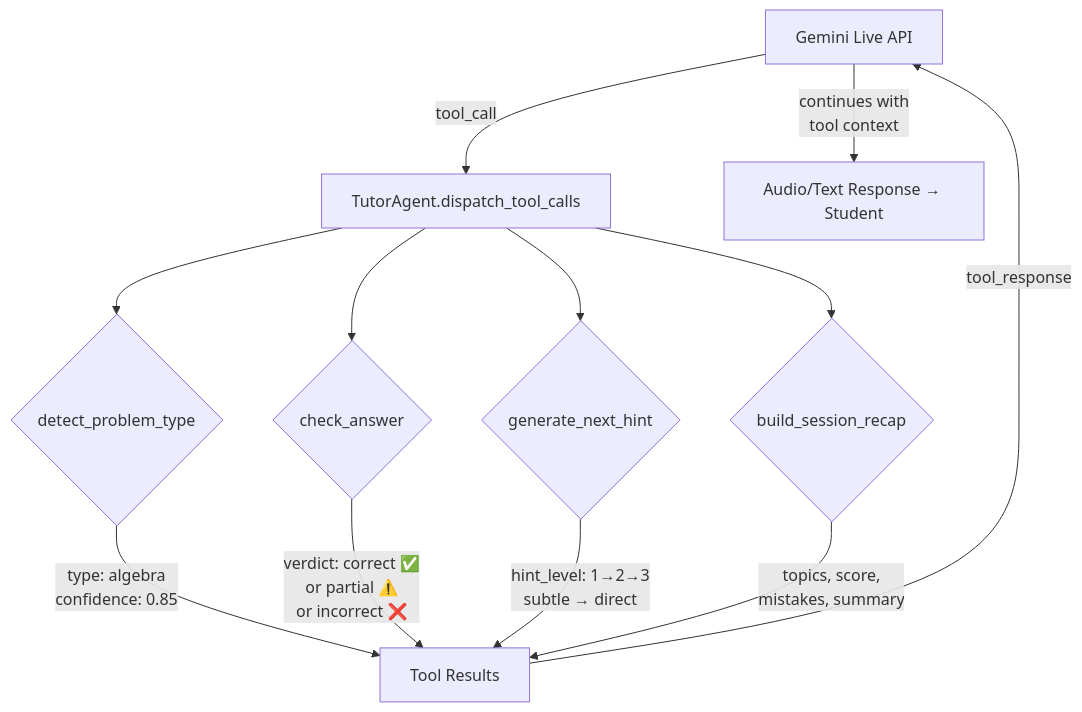
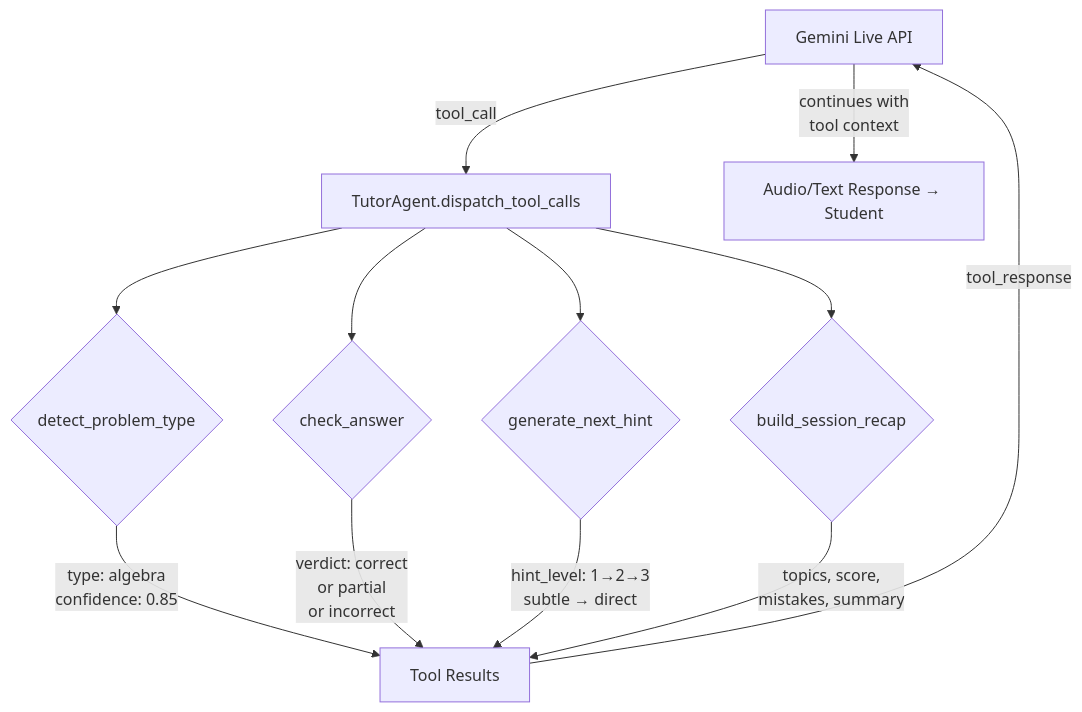
One commit to Appenza-Main-Org/solvewave-live changed the fifth of 7 diagrams in docs/architecture/ARCHITECTURE_MERMAID.md. Above: the diagram before and after it, drawn with Mermaid. The commit also changed other lines of this file and 3 other files, not shown here.

First line of the commit message:
docs: update architecture files and generate diagram for v0.5.1

````diff
--- a/docs/architecture/ARCHITECTURE_MERMAID.md
+++ b/docs/architecture/ARCHITECTURE_MERMAID.md
@@ -271,17 +284,17 @@
 ```mermaid
 flowchart TD
     GEM[Gemini Live API] -->|tool_call| DISP[TutorAgent.dispatch_tool_calls]
 
     DISP --> DPT{detect_problem_type}
     DISP --> CA{check_answer}
     DISP --> GNH{generate_next_hint}
     DISP --> BSR{build_session_recap}
 
     DPT -->|"type: algebra<br/>confidence: 0.85"| RES[Tool Results]
-    CA -->|"verdict: correct ✅<br/>or partial ⚠️<br/>or incorrect ❌"| RES
+    CA -->|"verdict: correct<br/>or partial<br/>or incorrect"| RES
     GNH -->|"hint_level: 1→2→3<br/>subtle → direct"| RES
     BSR -->|"topics, score,<br/>mistakes, summary"| RES
 
     RES -->|tool_response| GEM
     GEM -->|"continues with<br/>tool context"| RESP[Audio/Text Response → Student]
 ```
````
